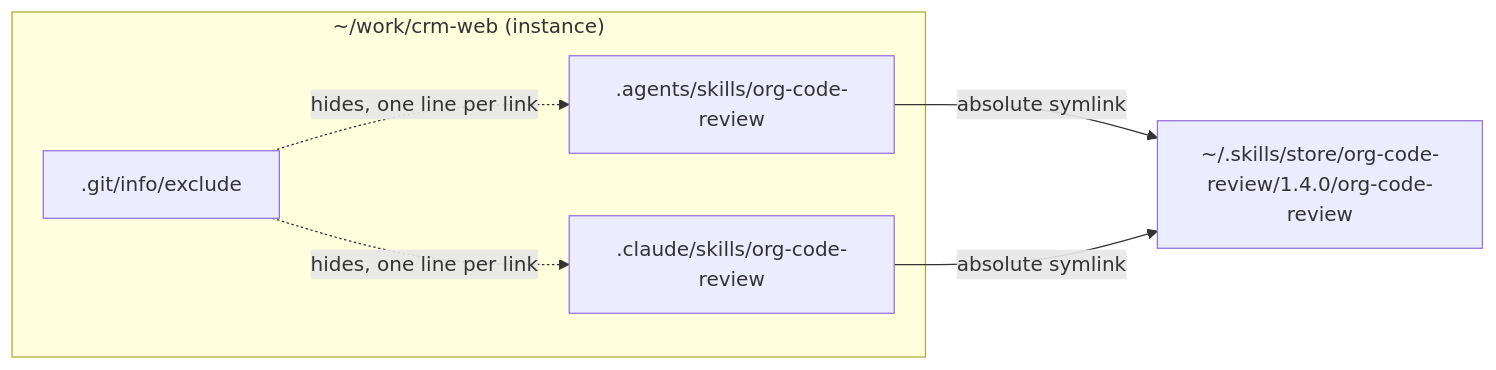
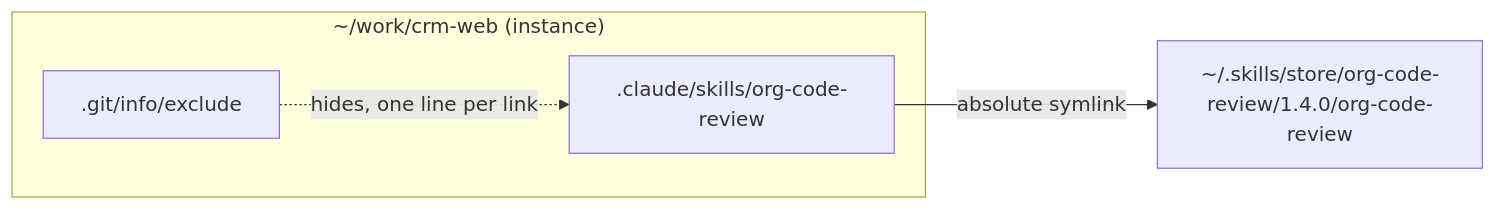
One commit to abindran/skillctl changed the first of 4 diagrams in wiki/Linking.md. Above: the diagram before and after it, drawn with Mermaid. The commit also changed other lines of this file and 21 other files, not shown here.

First line of the commit message:
Link new installs into .claude/skills only.

````diff
--- a/wiki/Linking.md
+++ b/wiki/Linking.md
@@ -7,13 +7,10 @@
 ```mermaid
 flowchart LR
     subgraph Project["~/work/crm-web (instance)"]
-        A[".agents/skills/org-code-review"]
         C[".claude/skills/org-code-review"]
         X[".git/info/exclude"]
     end
     ST["~/.skills/store/org-code-review/1.4.0/org-code-review"]
-    A -- "absolute symlink" --> ST
     C -- "absolute symlink" --> ST
-    X -. "hides, one line per link" .-> A
     X -. "hides, one line per link" .-> C
 ```
````
